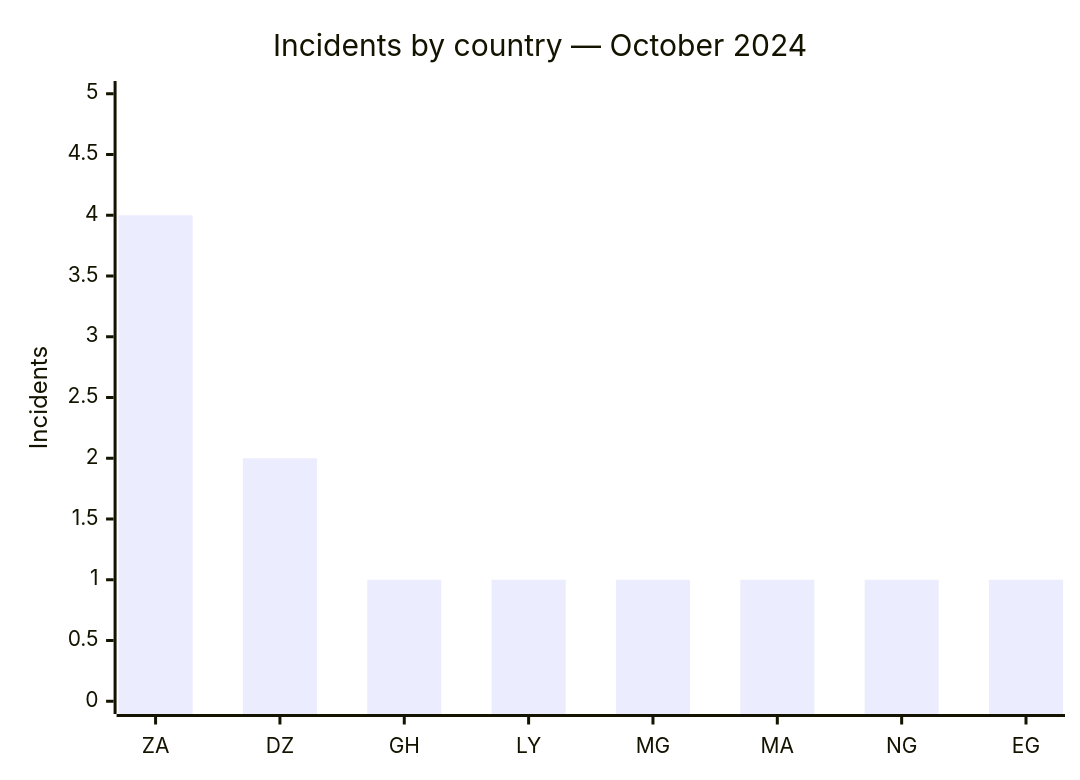
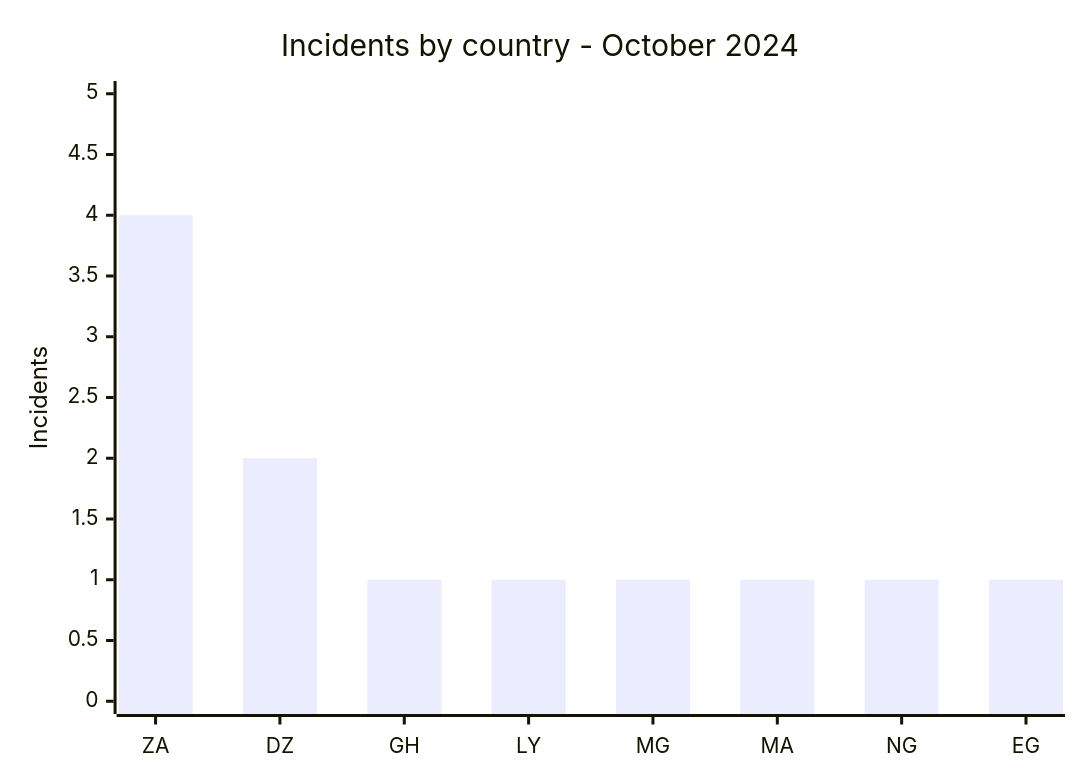
The first of 2 diagrams in CyberAttackAfrica/2024/10-october/README.md (Hatchepsoute/AFRINTEL), drawn with Mermaid before and after one commit. The commit also changed other lines of this file and 182 other files, not shown here.

````diff
--- a/CyberAttackAfrica/2024/10-october/README.md
+++ b/CyberAttackAfrica/2024/10-october/README.md
@@ -47,7 +47,7 @@
 ```mermaid
 xychart
-    title "Incidents by country — October 2024"
+    title "Incidents by country - October 2024"
     x-axis ["ZA","DZ","GH","LY","MG","MA","NG","EG"]
     y-axis "Incidents" 0 --> 5
     bar [4,2,1,1,1,1,1,1]
 ```
````
